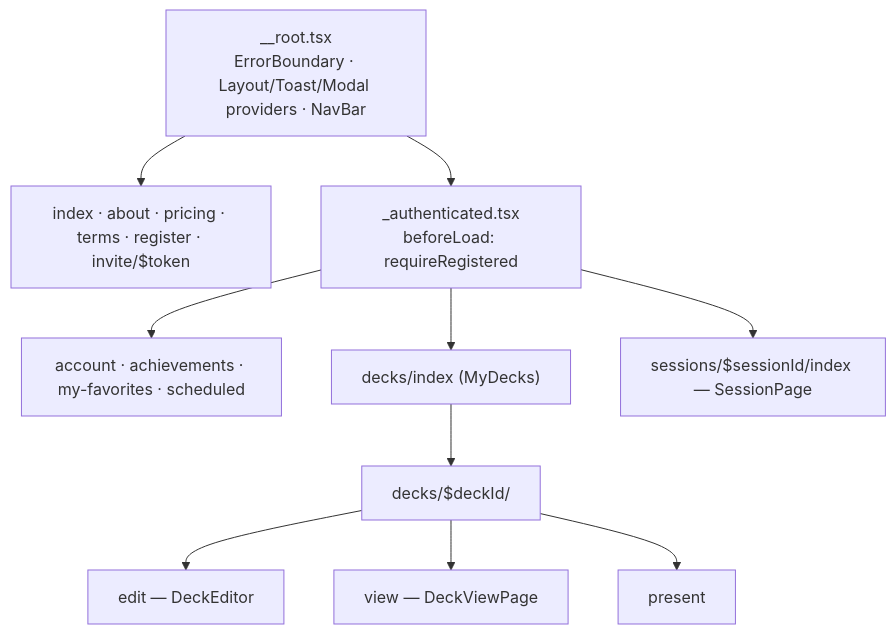
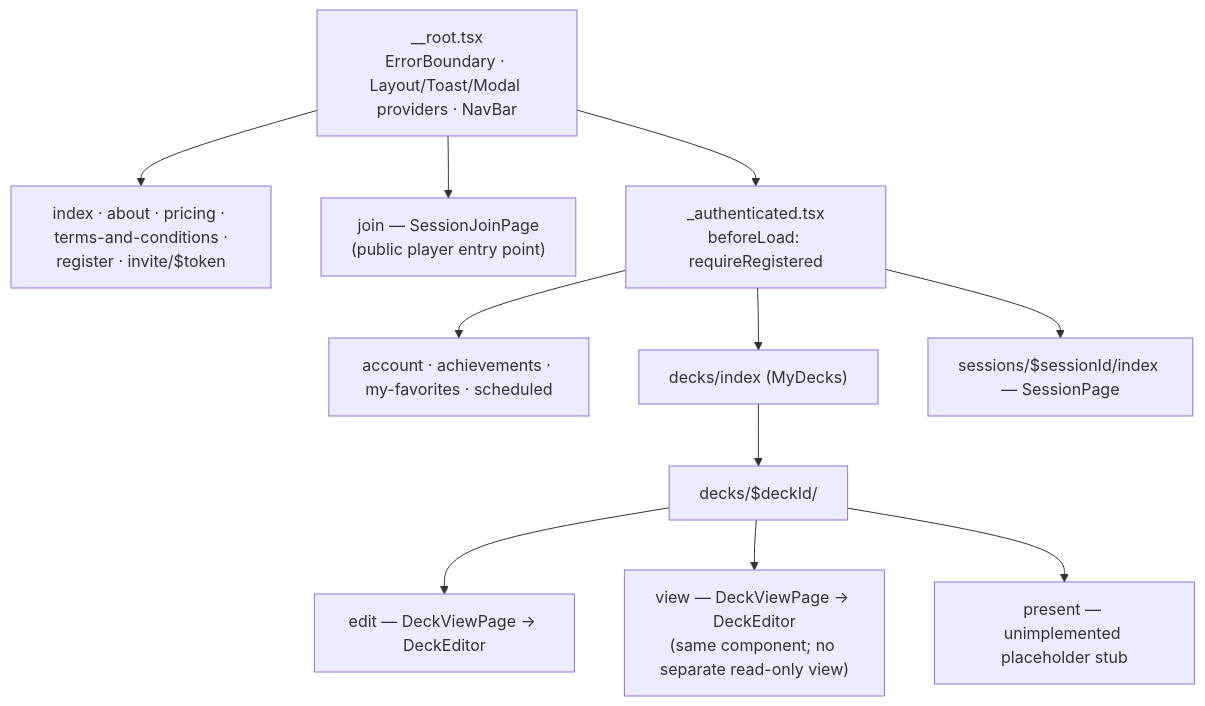
Before and after one commit to Saganaut/ambi: the fourth of 7 diagrams in z-docs/diagrams/frontend-architecture.md, drawn with Mermaid. The commit also changed other lines of this file and 5 other files, not shown here.

Commit message:
docs(diagrams): correct auth, collaboration, deck-authoring, domain-model, frontend-architecture, index

````diff
--- a/z-docs/diagrams/frontend-architecture.md
+++ b/z-docs/diagrams/frontend-architecture.md
@@ -73,13 +73,14 @@
 ```mermaid
 flowchart TB
     ROOT["__root.tsx<br/>ErrorBoundary · Layout/Toast/Modal providers · NavBar"]
-    ROOT --> PUB["index · about · pricing · terms · register · invite/$token"]
+    ROOT --> PUB["index · about · pricing · terms-and-conditions ·<br/>register · invite/$token"]
+    ROOT --> JOIN["join — SessionJoinPage<br/>(public player entry point)"]
     ROOT --> AUTH["_authenticated.tsx<br/>beforeLoad: requireRegistered"]
     AUTH --> ACC["account · achievements · my-favorites · scheduled"]
     AUTH --> DECKS["decks/index (MyDecks)"]
     DECKS --> DID["decks/$deckId/"]
-    DID --> EDIT["edit — DeckEditor"]
-    DID --> VIEW["view — DeckViewPage"]
-    DID --> PRES["present"]
+    DID --> EDIT["edit — DeckViewPage → DeckEditor"]
+    DID --> VIEW["view — DeckViewPage → DeckEditor<br/>(same component; no separate read-only view)"]
+    DID --> PRES["present — unimplemented placeholder stub"]
     AUTH --> SESS["sessions/$sessionId/index — SessionPage"]
 ```
````
